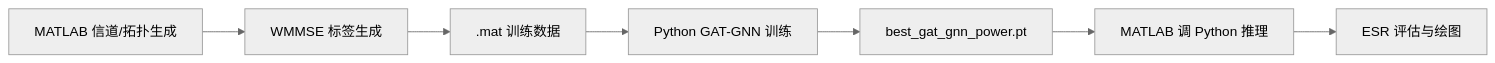
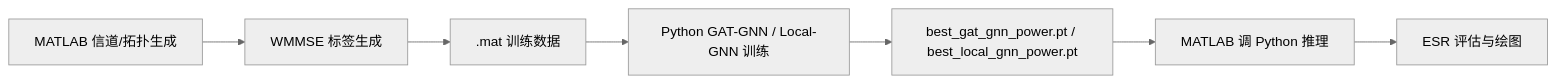
One commit to Ultramarine1939-syujie/CF_downlink_sim changed the diagram in docs/07. 项目架构与创新点.md. Above: the diagram before and after it, drawn with Mermaid (neutral theme). The commit also changed other lines of this file and 19 other files, not shown here.

First line of the commit message:
docs: 对齐项目文档与当前 GNN/Local-GNN 实现

````diff
--- a/docs/07. 项目架构与创新点.md
+++ b/docs/07. 项目架构与创新点.md
@@ -9,9 +9,9 @@
 ```mermaid
 flowchart LR
     A["MATLAB 信道/拓扑生成"] --> B["WMMSE 标签生成"]
     B --> C[".mat 训练数据"]
-    C --> D["Python GAT-GNN 训练"]
-    D --> E["best_gat_gnn_power.pt"]
+    C --> D["Python GAT-GNN / Local-GNN 训练"]
+    D --> E["best_gat_gnn_power.pt / best_local_gnn_power.pt"]
     E --> F["MATLAB 调 Python 推理"]
     F --> G["ESR 评估与绘图"]
 ```
````
